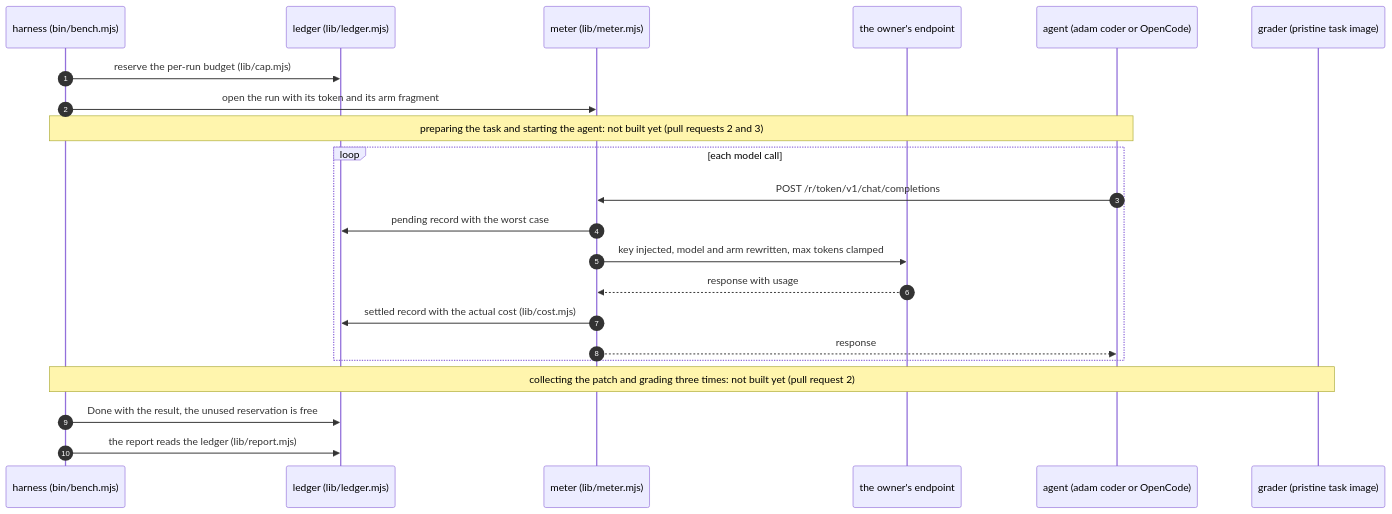
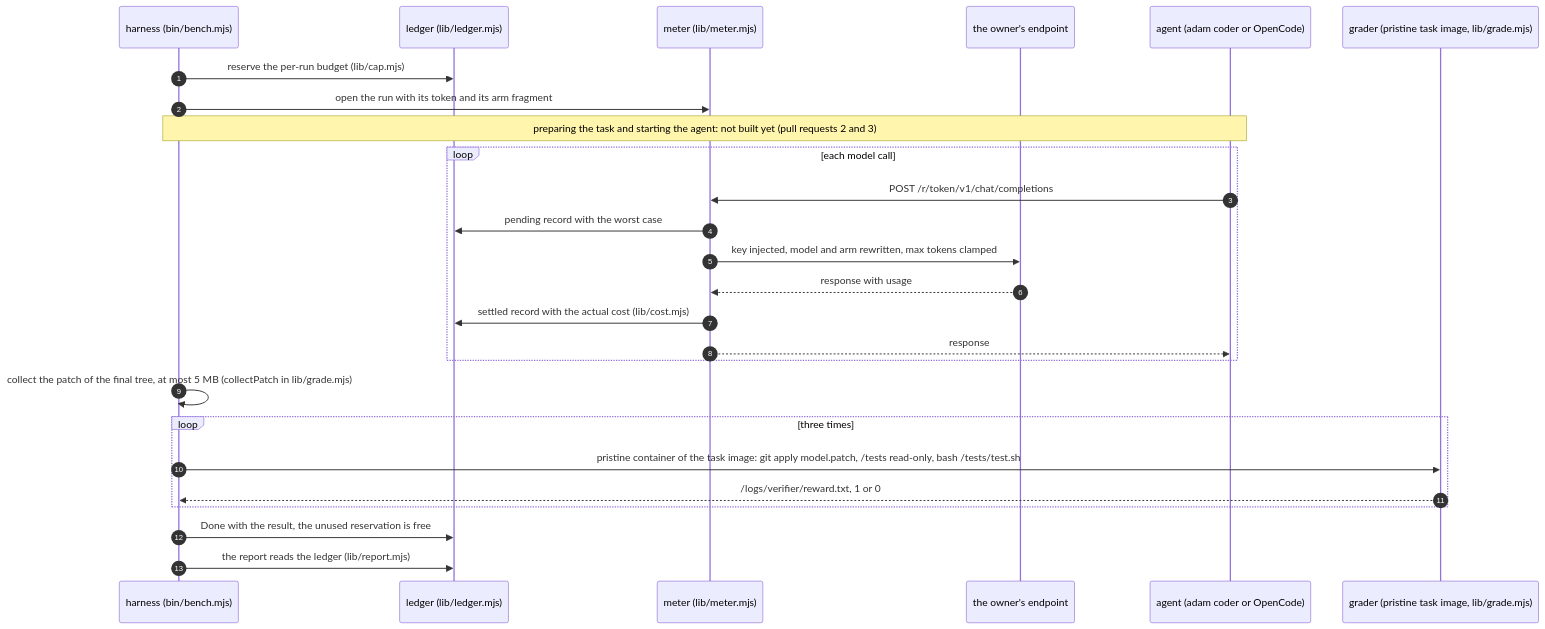
The first of 2 diagrams in bench/README.md (marcjazz/another-adam-rs), drawn with Mermaid before and after one commit. The commit also changed other lines of this file and 32 other files, not shown here.

First line of the commit message:
feat(bench): slice 2: the task format, sources, selection and grading (#166)

````diff
--- a/bench/README.md
+++ b/bench/README.md
@@ -71,24 +72,28 @@
 ```mermaid
 sequenceDiagram
     autonumber
     participant H as harness (bin/bench.mjs)
     participant L as ledger (lib/ledger.mjs)
     participant Me as meter (lib/meter.mjs)
     participant E as the owner's endpoint
     participant A as agent (adam coder or OpenCode)
-    participant R as grader (pristine task image)
+    participant R as grader (pristine task image, lib/grade.mjs)
     H->>L: reserve the per-run budget (lib/cap.mjs)
     H->>Me: open the run with its token and its arm fragment
     Note over H,A: preparing the task and starting the agent: not built yet (pull requests 2 and 3)
     loop each model call
         A->>Me: POST /r/token/v1/chat/completions
         Me->>L: pending record with the worst case
         Me->>E: key injected, model and arm rewritten, max tokens clamped
         E-->>Me: response with usage
         Me->>L: settled record with the actual cost (lib/cost.mjs)
         Me-->>A: response
     end
-    Note over H,R: collecting the patch and grading three times: not built yet (pull request 2)
+    H->>H: collect the patch of the final tree, at most 5 MB (collectPatch in lib/grade.mjs)
+    loop three times
+        H->>R: pristine container of the task image: git apply model.patch, /tests read-only, bash /tests/test.sh
+        R-->>H: /logs/verifier/reward.txt, 1 or 0
+    end
     H->>L: Done with the result, the unused reservation is free
     H->>L: the report reads the ledger (lib/report.mjs)
 ```
````
